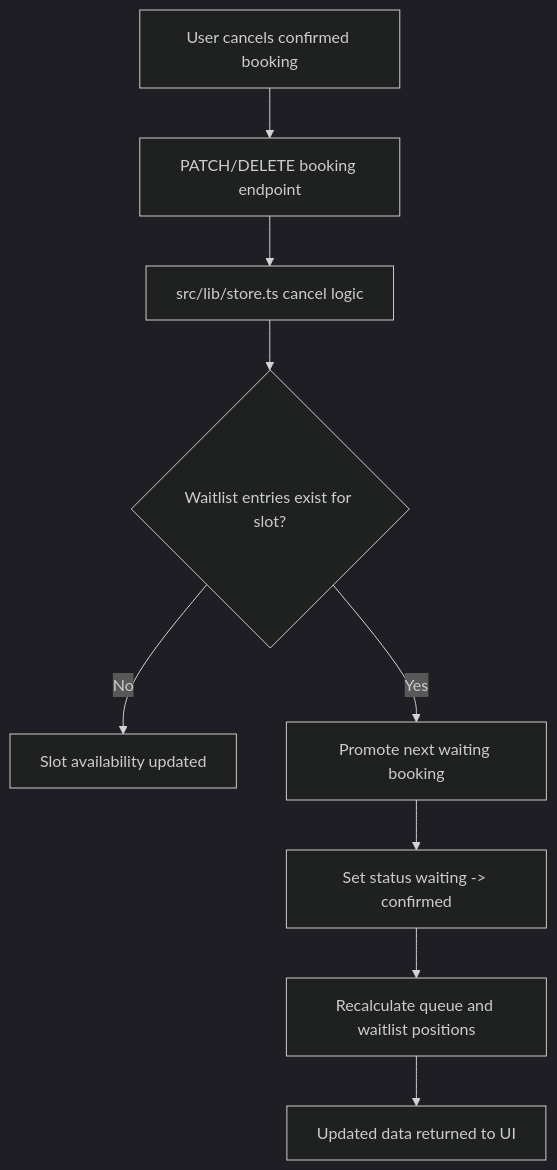
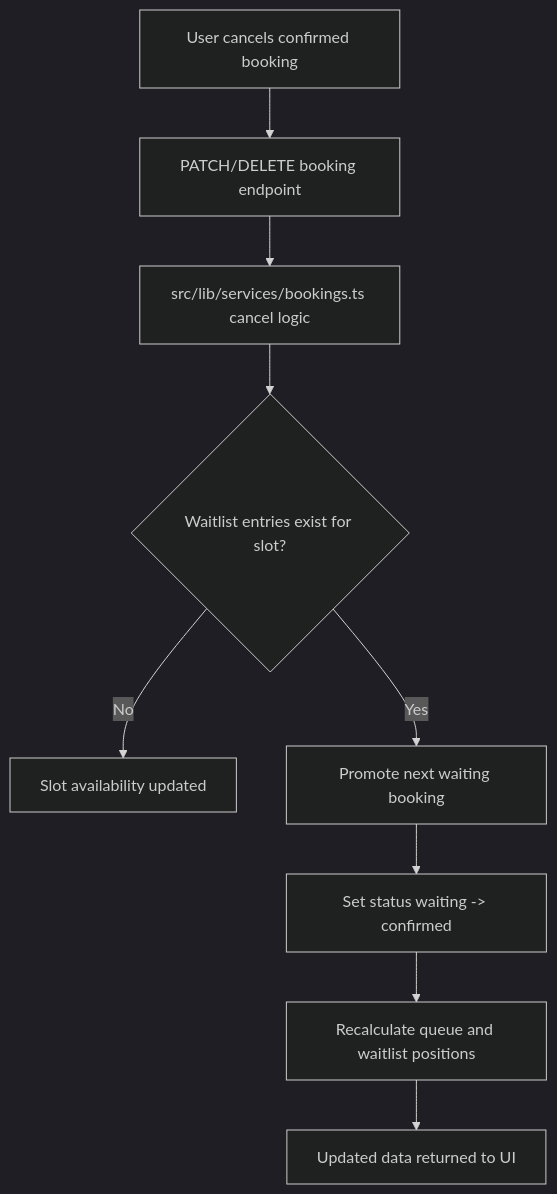
Before and after one commit to Travis-Code/queueflow: the third of 3 diagrams in docs/specs/TECHNICAL_DOC.md, drawn with Mermaid (dark theme). The commit also changed other lines of this file and 10 other files, not shown here.

Commit message:
docs: remove Prisma wording and refresh architecture docs

````diff
--- a/docs/specs/TECHNICAL_DOC.md
+++ b/docs/specs/TECHNICAL_DOC.md
@@ -92,11 +93,11 @@
 ```mermaid
 flowchart TD
 	M[User cancels confirmed booking] --> CAPI[PATCH/DELETE booking endpoint]
-	CAPI --> S1[src/lib/store.ts cancel logic]
+	CAPI --> S1[src/lib/services/bookings.ts cancel logic]
 	S1 --> F{Waitlist entries exist for slot?}
 	F -->|No| END1[Slot availability updated]
 	F -->|Yes| P[Promote next waiting booking]
 	P --> UPD[Set status waiting -> confirmed]
 	UPD --> Q[Recalculate queue and waitlist positions]
 	Q --> END2[Updated data returned to UI]
 ```
````
